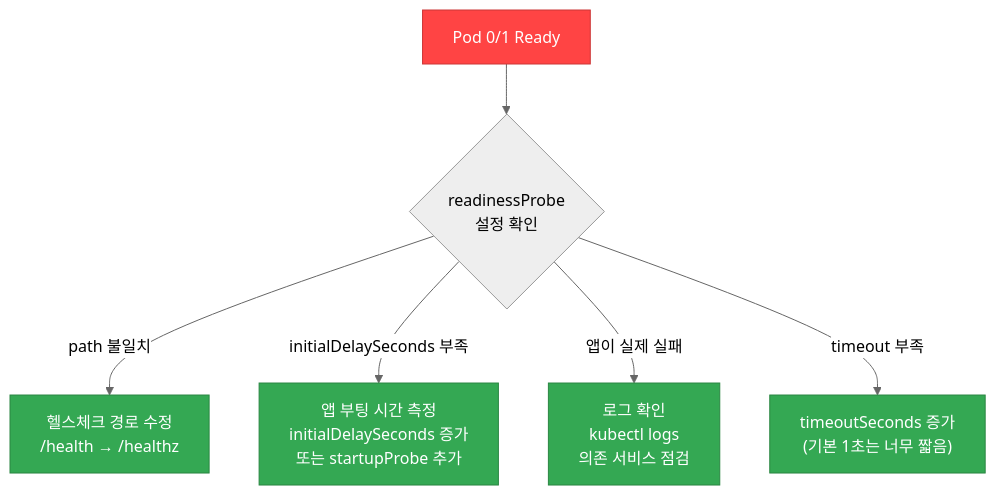
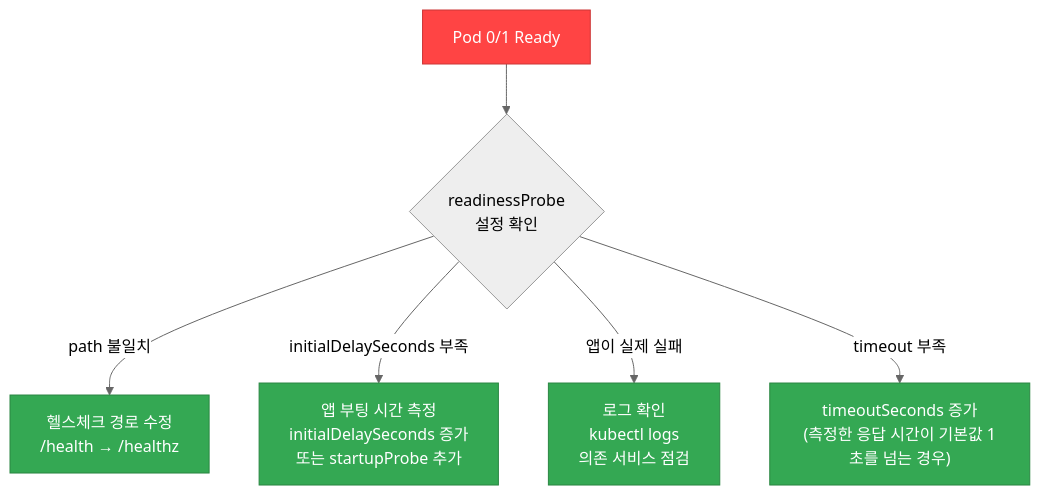
One commit to devfloor9/engineering-playbook changed the second of 3 diagrams in i18n/ko/docusaurus-plugin-content-docs/current/eks-best-practices/operations-reliability/eks-debugging/workload.md. Above: the diagram before and after it, drawn with Mermaid (neutral theme). The commit also changed other lines of this file and 17 other files, not shown here.

````diff
--- a/i18n/ko/docusaurus-plugin-content-docs/current/eks-best-practices/operations-reliability/eks-debugging/workload.md
+++ b/i18n/ko/docusaurus-plugin-content-docs/current/eks-best-practices/operations-reliability/eks-debugging/workload.md
@@ -151,25 +151,25 @@
 ```mermaid
 flowchart TD
     NOTREADY["`Pod 0/1 Ready`"] --> CHECK_PROBE{"`readinessProbe
     설정 확인`"}
 
     CHECK_PROBE -->|path 불일치| FIX_PATH["`헬스체크 경로 수정
     /health → /healthz`"]
 
     CHECK_PROBE -->|initialDelaySeconds 부족| FIX_DELAY["`앱 부팅 시간 측정
     initialDelaySeconds 증가
     또는 startupProbe 추가`"]
 
     CHECK_PROBE -->|앱이 실제 실패| FIX_APP["`로그 확인
     kubectl logs <pod>
     의존 서비스 점검`"]
 
     CHECK_PROBE -->|timeout 부족| FIX_TIMEOUT["`timeoutSeconds 증가
-    (기본 1초는 너무 짧음)`"]
+    (측정한 응답 시간이 기본값 1초를 넘는 경우)`"]
 
     style NOTREADY fill:#ff4444,stroke:#cc3636,color:#fff
     style FIX_PATH fill:#34a853,stroke:#2a8642,color:#fff
     style FIX_DELAY fill:#34a853,stroke:#2a8642,color:#fff
     style FIX_APP fill:#34a853,stroke:#2a8642,color:#fff
     style FIX_TIMEOUT fill:#34a853,stroke:#2a8642,color:#fff
 ```
````
